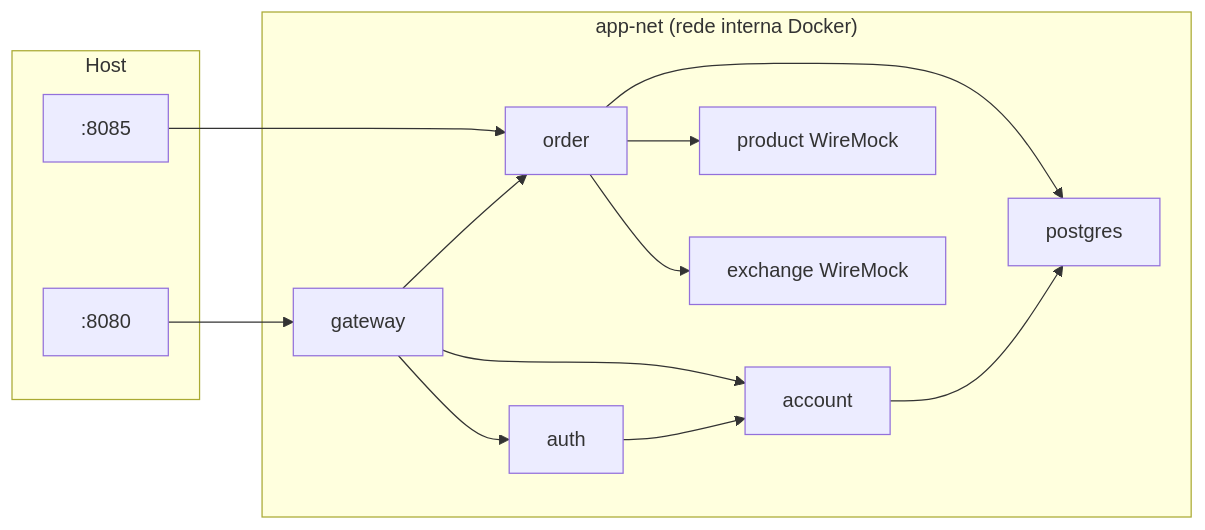
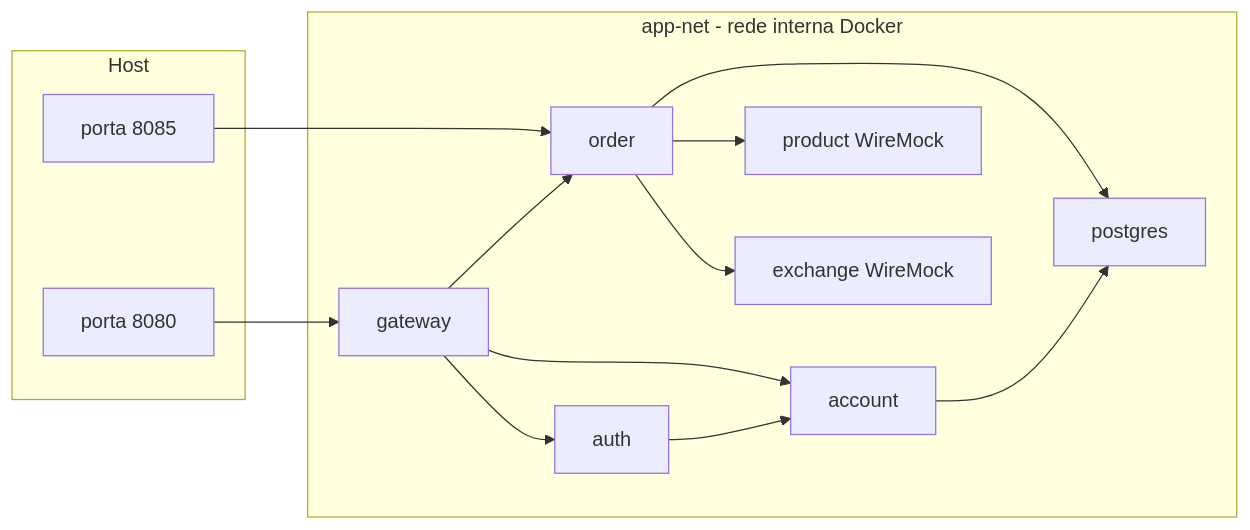
One commit to microservice-henry/pma.26.1-docs changed the fifth of 5 diagrams in docs/architecture.md. Above: the diagram before and after it, drawn with Mermaid. The commit also changed other lines of this file and 1 other file, not shown here.

Commit message:
fix: mermaid syntax errors and grey theme

````diff
--- a/docs/architecture.md
+++ b/docs/architecture.md
@@ -127,24 +126,28 @@
 ```mermaid
 graph LR
-    subgraph "Host"
-        P8080[":8080"]
-        P8085[":8085"]
+    subgraph host["Host"]
+        P8080[porta 8080]
+        P8085[porta 8085]
     end
 
-    subgraph "app-net (rede interna Docker)"
+    subgraph appnet["app-net - rede interna Docker"]
         GW[gateway]
         Auth[auth]
         Account[account]
         Order[order]
         Product[product WireMock]
         Exchange[exchange WireMock]
         DB[postgres]
     end
 
     P8080 --> GW
     P8085 --> Order
-    GW --> Auth & Account & Order
-    Order --> Product & Exchange & DB
+    GW --> Auth
+    GW --> Account
+    GW --> Order
+    Order --> Product
+    Order --> Exchange
+    Order --> DB
     Auth --> Account
     Account --> DB
 ```
````
